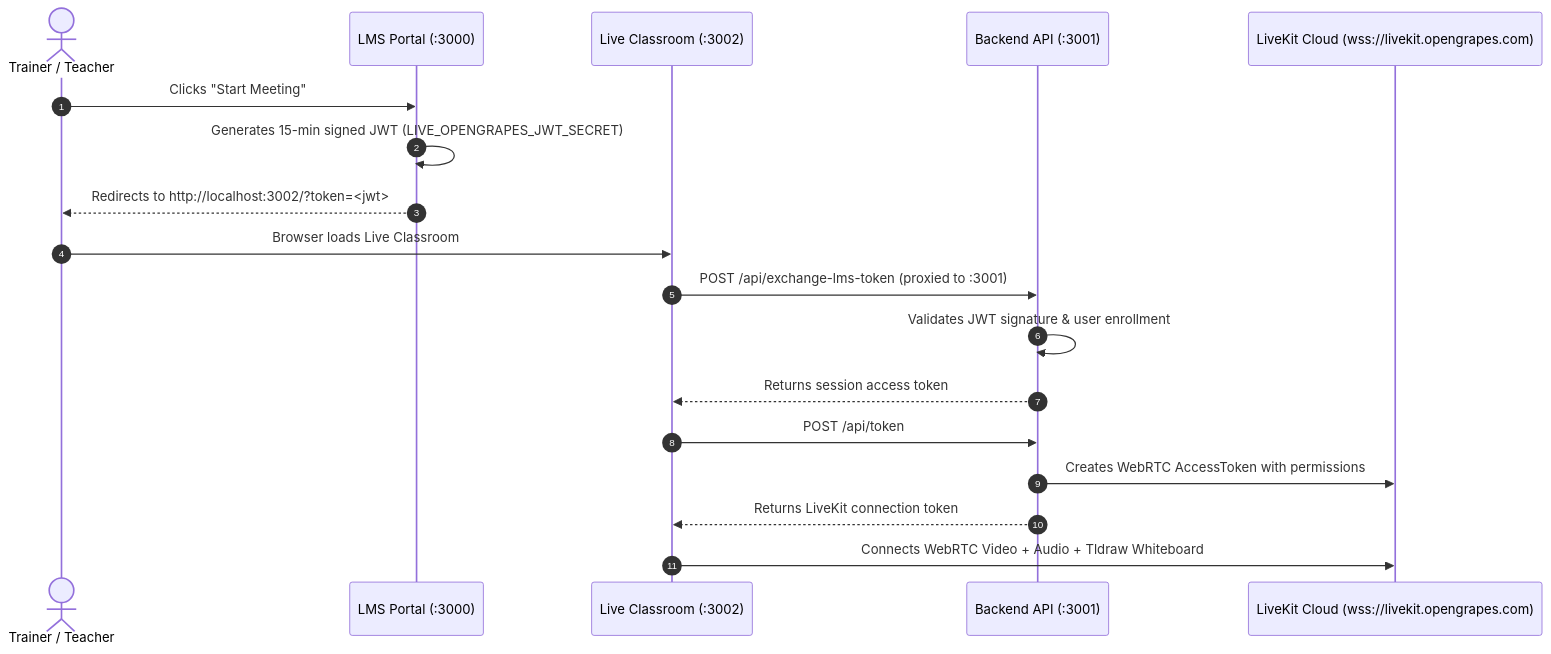
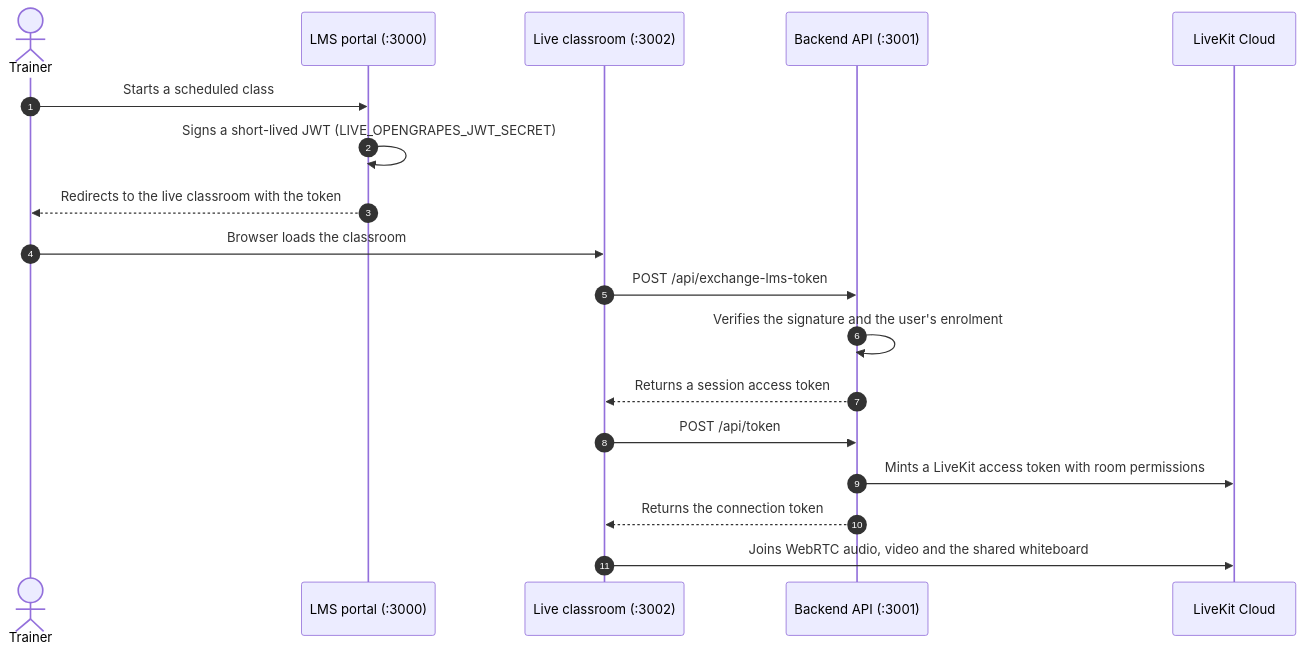
The diagram in README.md (manasrikhari/capacity-connect), drawn with Mermaid before and after one commit. The commit also changed other lines of this file, not shown here.

````diff
--- a/README.md
+++ b/README.md
@@ -99,21 +165,21 @@
 ```mermaid
 sequenceDiagram
     autonumber
-    actor Teacher as Trainer / Teacher
-    participant LMS as LMS Portal (:3000)
-    participant LiveApp as Live Classroom (:3002)
+    actor Trainer
+    participant LMS as LMS portal (:3000)
+    participant LiveApp as Live classroom (:3002)
     participant Backend as Backend API (:3001)
-    participant LiveKit as LiveKit Cloud (wss://livekit.opengrapes.com)
+    participant LiveKit as LiveKit Cloud
 
-    Teacher->>LMS: Clicks "Start Meeting"
-    LMS->>LMS: Generates 15-min signed JWT (LIVE_OPENGRAPES_JWT_SECRET)
-    LMS-->>Teacher: Redirects to http://localhost:3002/?token=<jwt>
-    Teacher->>LiveApp: Browser loads Live Classroom
-    LiveApp->>Backend: POST /api/exchange-lms-token (proxied to :3001)
-    Backend->>Backend: Validates JWT signature & user enrollment
-    Backend-->>LiveApp: Returns session access token
+    Trainer->>LMS: Starts a scheduled class
+    LMS->>LMS: Signs a short-lived JWT (LIVE_OPENGRAPES_JWT_SECRET)
+    LMS-->>Trainer: Redirects to the live classroom with the token
+    Trainer->>LiveApp: Browser loads the classroom
+    LiveApp->>Backend: POST /api/exchange-lms-token
+    Backend->>Backend: Verifies the signature and the user's enrolment
+    Backend-->>LiveApp: Returns a session access token
     LiveApp->>Backend: POST /api/token
-    Backend->>LiveKit: Creates WebRTC AccessToken with permissions
-    Backend-->>LiveApp: Returns LiveKit connection token
-    LiveApp->>LiveKit: Connects WebRTC Video + Audio + Tldraw Whiteboard
+    Backend->>LiveKit: Mints a LiveKit access token with room permissions
+    Backend-->>LiveApp: Returns the connection token
+    LiveApp->>LiveKit: Joins WebRTC audio, video and the shared whiteboard
 ```
````
